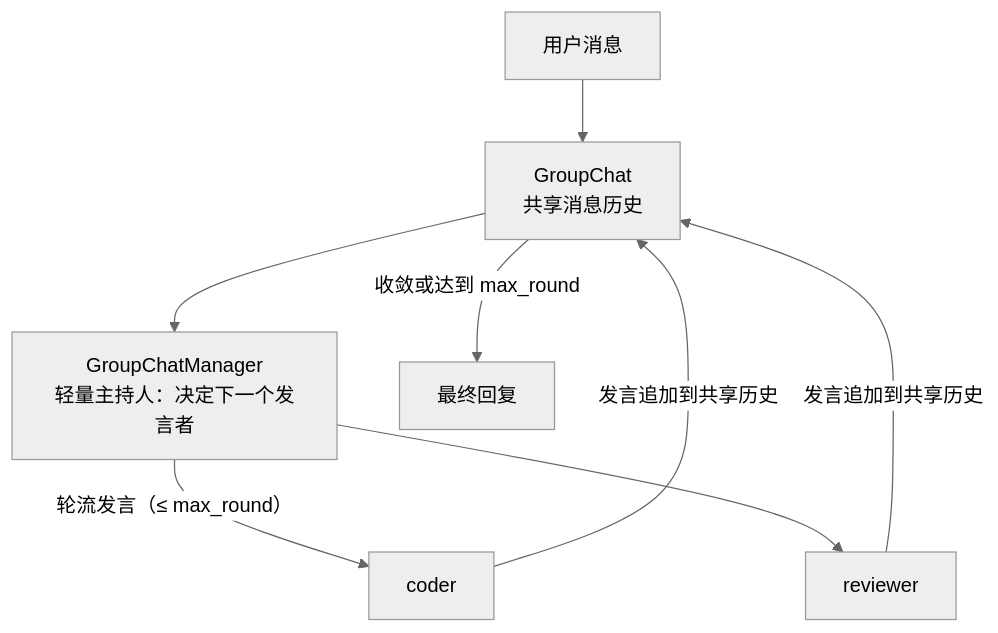
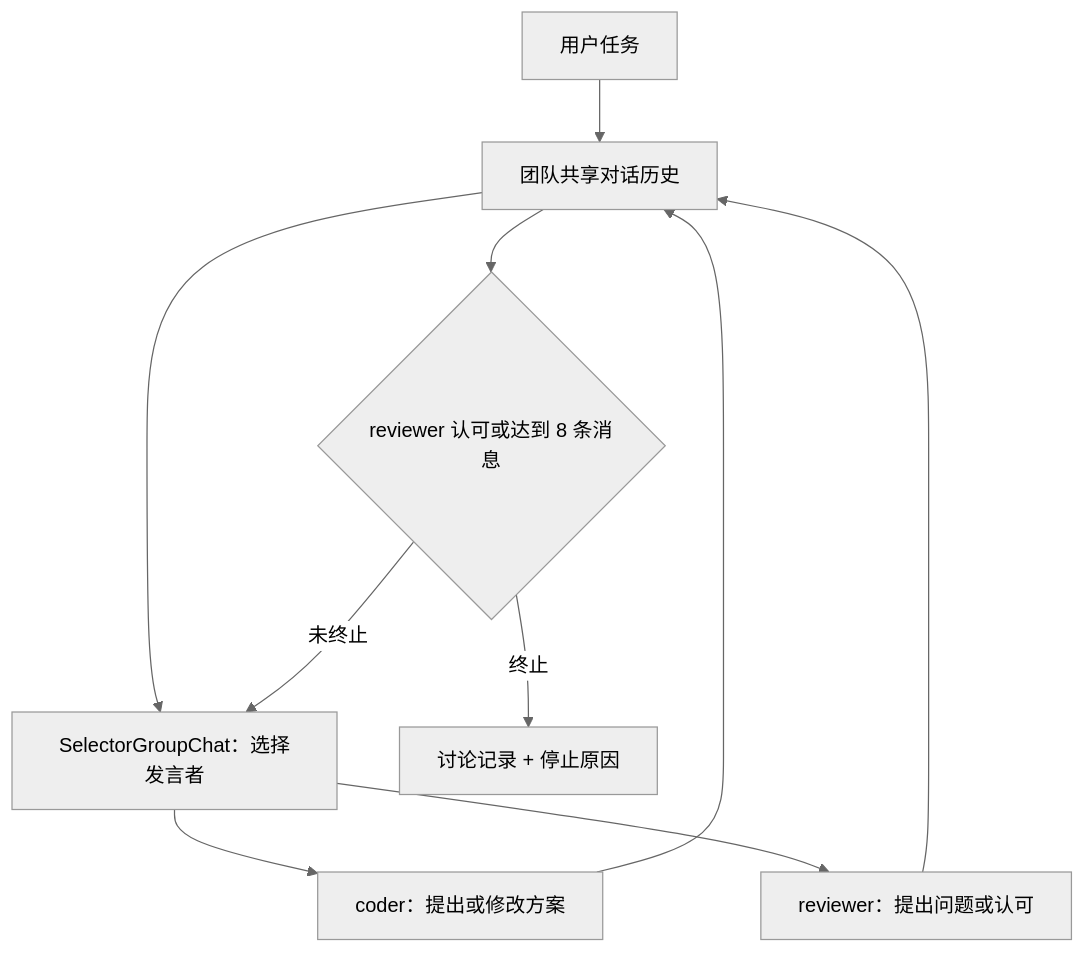
Before and after one commit to AI-Redfish/Agent: the seventh of 8 diagrams in 04.Agent开发/05.multiAgent/01.多智能体系统设计.md, drawn with Mermaid (neutral theme). The commit also changed other lines of this file and 12 other files, not shown here.

````diff
--- a/04.Agent开发/05.multiAgent/01.多智能体系统设计.md
+++ b/04.Agent开发/05.multiAgent/01.多智能体系统设计.md
@@ -412,10 +660,12 @@
 ```mermaid
 flowchart TD
-    U["用户消息"] --> GC["GroupChat<br/>共享消息历史"]
-    GC --> M["GroupChatManager<br/>轻量主持人：决定下一个发言者"]
-    M -->|"轮流发言（≤ max_round）"| C["coder"]
-    M --> R["reviewer"]
-    C -->|"发言追加到共享历史"| GC
-    R -->|"发言追加到共享历史"| GC
-    GC -->|"收敛或达到 max_round"| OUT["最终回复"]
+    IN["用户任务"] --> H["团队共享对话历史"]
+    H --> S["SelectorGroupChat：选择发言者"]
+    S --> C["coder：提出或修改方案"]
+    S --> R["reviewer：提出问题或认可"]
+    C --> H
+    R --> H
+    H --> T{"reviewer 认可或达到 8 条消息"}
+    T -->|"未终止"| S
+    T -->|"终止"| OUT["讨论记录 + 停止原因"]
 ```
````
